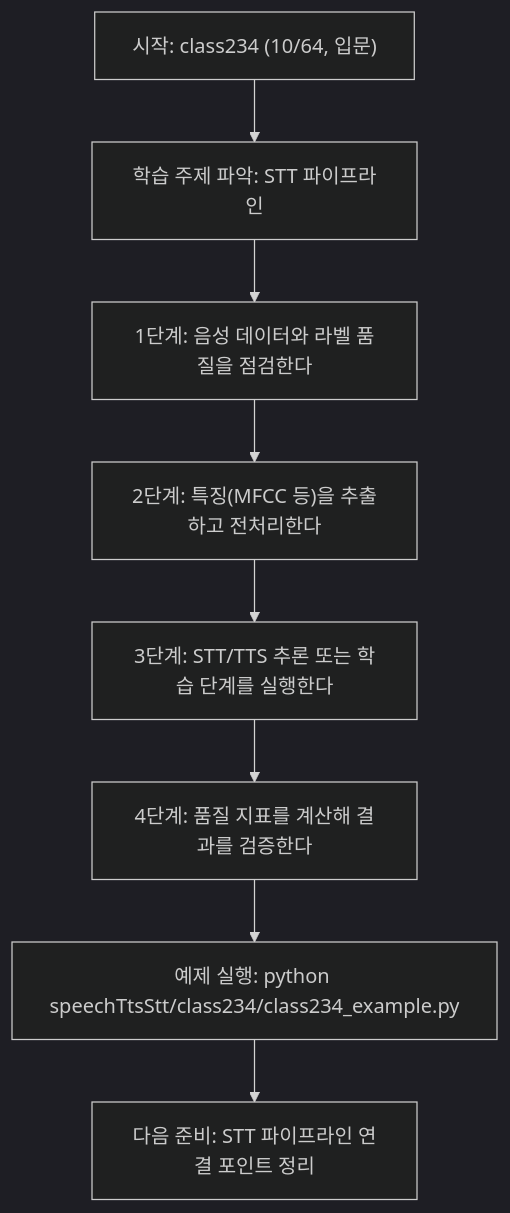
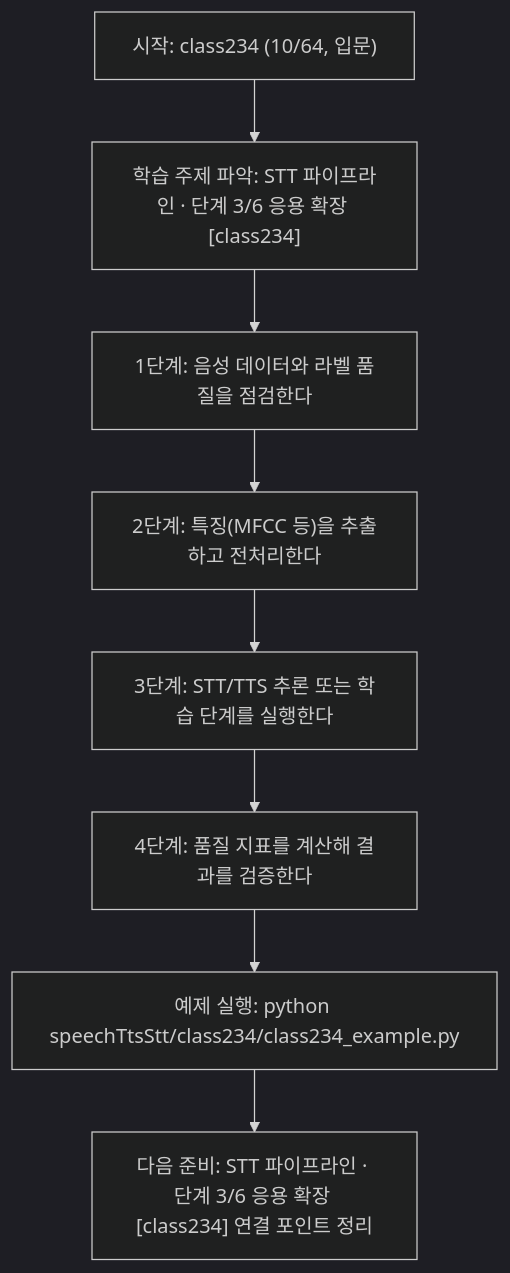
Before and after one commit to edumgt/Python-AI_Agent-Class: the diagram in speechTtsStt/class234/class234.md, drawn with Mermaid (dark theme). The commit also changed other lines of this file and 522 other files, not shown here.

````diff
--- a/speechTtsStt/class234/class234.md
+++ b/speechTtsStt/class234/class234.md
@@ -112,18 +113,18 @@
 ```mermaid
 flowchart TD
 N1["시작: class234 (10/64, 입문)"]
-N2["학습 주제 파악: STT 파이프라인"]
+N2["학습 주제 파악: STT 파이프라인 · 단계 3/6 응용 확장 [class234]"]
 N3["1단계: 음성 데이터와 라벨 품질을 점검한다"]
 N4["2단계: 특징(MFCC 등)을 추출하고 전처리한다"]
 N5["3단계: STT/TTS 추론 또는 학습 단계를 실행한다"]
 N6["4단계: 품질 지표를 계산해 결과를 검증한다"]
 N7["예제 실행: python speechTtsStt/class234/class234_example.py"]
-N8["다음 준비: STT 파이프라인 연결 포인트 정리"]
+N8["다음 준비: STT 파이프라인 · 단계 3/6 응용 확장 [class234] 연결 포인트 정리"]
 N1 --> N2
 N2 --> N3
 N3 --> N4
 N4 --> N5
 N5 --> N6
 N6 --> N7
 N7 --> N8
 ```
````
